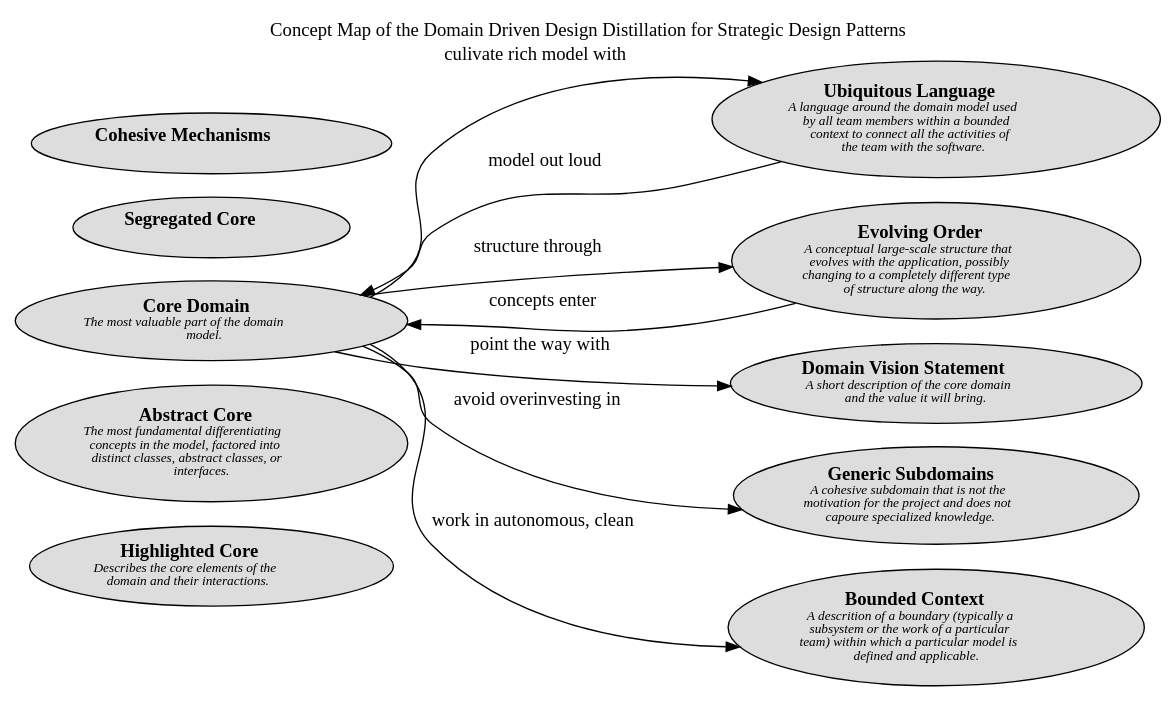
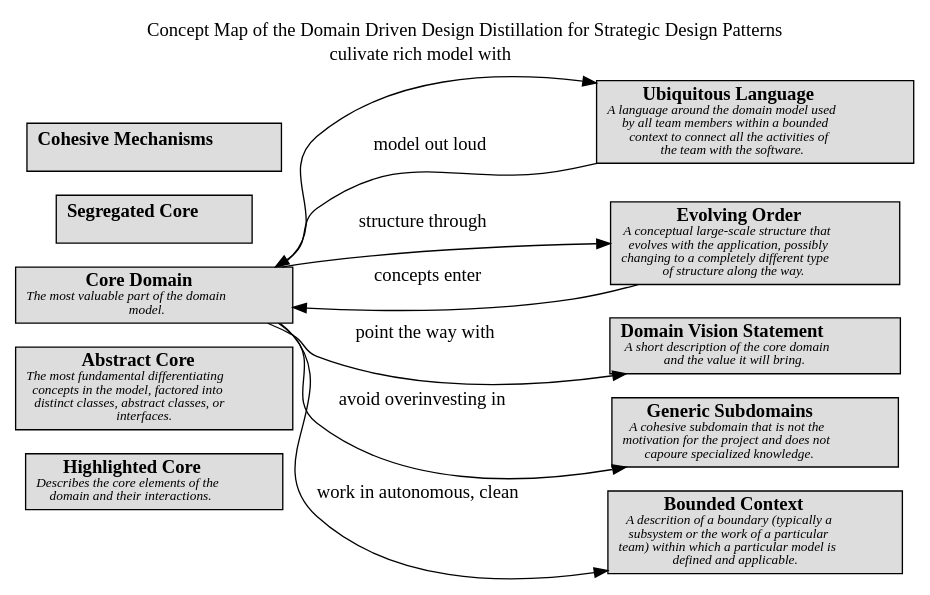
Before and after one commit to lsolbach/overarch-models: the diagram in docs/software-development/domain-driven-design/distillation/concept-view.dot, drawn with Graphviz. The commit also changed 57 other files, not shown here.

```diff
--- a/docs/software-development/domain-driven-design/distillation/concept-view.dot
+++ b/docs/software-development/domain-driven-design/distillation/concept-view.dot
@@ -1,28 +1,28 @@
 digraph "Concept Map of the Domain Driven Design Distillation for Strategic Design Patterns" {
   labelloc= "t"
   label="Concept Map of the Domain Driven Design Distillation for Strategic Design Patterns"
   rankdir="LR"
 
   layout=dot
-software_development_domain_driven_design_distillation__c_highlighted_core [shape=ellipse style=filled fillcolor="#dddddd" label=<<B>Highlighted Core</B><BR/><FONT POINT-SIZE="10"><I>Describes the core elements of the<BR/>domain and their interactions. </I></FONT>>]
-software_development_domain_driven_design_distillation__c_abstract_core [shape=ellipse style=filled fillcolor="#dddddd" label=<<B>Abstract Core</B><BR/><FONT POINT-SIZE="10"><I>The most fundamental differentiating<BR/>concepts in the model, factored into<BR/>distinct classes, abstract classes, or<BR/>interfaces. </I></FONT>>]
-software_development_domain_driven_design_distillation__c_domain_vision_statement [shape=ellipse style=filled fillcolor="#dddddd" label=<<B>Domain Vision Statement</B><BR/><FONT POINT-SIZE="10"><I>A short description of the core domain<BR/>and the value it will bring. </I></FONT>>]
-software_development_domain_driven_design_modelling__c_ubiquitous_language [shape=ellipse style=filled fillcolor="#dddddd" label=<<B>Ubiquitous Language</B><BR/><FONT POINT-SIZE="10"><I>A language around the domain model used<BR/>by all team members within a bounded<BR/>context to connect all the activities of<BR/>the team with the software. </I></FONT>>]
-software_development_domain_driven_design_distillation__c_segregated_core [shape=ellipse style=filled fillcolor="#dddddd" label=<<B>Segregated Core</B><BR/><FONT POINT-SIZE="10"><I> </I></FONT>>]
-software_development_domain_driven_design_distillation__c_cohesive_mechanisms [shape=ellipse style=filled fillcolor="#dddddd" label=<<B>Cohesive Mechanisms</B><BR/><FONT POINT-SIZE="10"><I> </I></FONT>>]
-software_development_domain_driven_design_large_scale_structure__c_evolving_order [shape=ellipse style=filled fillcolor="#dddddd" label=<<B>Evolving Order</B><BR/><FONT POINT-SIZE="10"><I>A conceptual large-scale structure that<BR/>evolves with the application, possibly<BR/>changing to a completely different type<BR/>of structure along the way. </I></FONT>>]
-software_development_domain_driven_design_distillation__c_generic_subdomains [shape=ellipse style=filled fillcolor="#dddddd" label=<<B>Generic Subdomains</B><BR/><FONT POINT-SIZE="10"><I>A cohesive subdomain that is not the<BR/>motivation for the project and does not<BR/>capoure specialized knowledge. </I></FONT>>]
-software_development_domain_driven_design_distillation__c_core_domain [shape=ellipse style=filled fillcolor="#dddddd" label=<<B>Core Domain</B><BR/><FONT POINT-SIZE="10"><I>The most valuable part of the domain<BR/>model. </I></FONT>>]
-software_development_domain_driven_design_modelling__c_bounded_context [shape=ellipse style=filled fillcolor="#dddddd" label=<<B>Bounded Context</B><BR/><FONT POINT-SIZE="10"><I>A descrition of a boundary (typically a<BR/>subsystem or the work of a particular<BR/>team) within which a particular model is<BR/>defined and applicable. </I></FONT>>]
+software_development_domain_driven_design_distillation__c_highlighted_core [shape=box style=filled fillcolor="#dddddd" label=<<B>Highlighted Core</B><BR/><FONT POINT-SIZE="10"><I>Describes the core elements of the<BR/>domain and their interactions. </I></FONT>>]
+software_development_domain_driven_design_distillation__c_abstract_core [shape=box style=filled fillcolor="#dddddd" label=<<B>Abstract Core</B><BR/><FONT POINT-SIZE="10"><I>The most fundamental differentiating<BR/>concepts in the model, factored into<BR/>distinct classes, abstract classes, or<BR/>interfaces. </I></FONT>>]
+software_development_domain_driven_design_distillation__c_domain_vision_statement [shape=box style=filled fillcolor="#dddddd" label=<<B>Domain Vision Statement</B><BR/><FONT POINT-SIZE="10"><I>A short description of the core domain<BR/>and the value it will bring. </I></FONT>>]
+software_development_domain_driven_design_modelling__c_ubiquitous_language [shape=box style=filled fillcolor="#dddddd" label=<<B>Ubiquitous Language</B><BR/><FONT POINT-SIZE="10"><I>A language around the domain model used<BR/>by all team members within a bounded<BR/>context to connect all the activities of<BR/>the team with the software. </I></FONT>>]
+software_development_domain_driven_design_distillation__c_segregated_core [shape=box style=filled fillcolor="#dddddd" label=<<B>Segregated Core</B><BR/><FONT POINT-SIZE="10"><I> </I></FONT>>]
+software_development_domain_driven_design_distillation__c_cohesive_mechanisms [shape=box style=filled fillcolor="#dddddd" label=<<B>Cohesive Mechanisms</B><BR/><FONT POINT-SIZE="10"><I> </I></FONT>>]
+software_development_domain_driven_design_large_scale_structure__c_evolving_order [shape=box style=filled fillcolor="#dddddd" label=<<B>Evolving Order</B><BR/><FONT POINT-SIZE="10"><I>A conceptual large-scale structure that<BR/>evolves with the application, possibly<BR/>changing to a completely different type<BR/>of structure along the way. </I></FONT>>]
+software_development_domain_driven_design_distillation__c_generic_subdomains [shape=box style=filled fillcolor="#dddddd" label=<<B>Generic Subdomains</B><BR/><FONT POINT-SIZE="10"><I>A cohesive subdomain that is not the<BR/>motivation for the project and does not<BR/>capoure specialized knowledge. </I></FONT>>]
+software_development_domain_driven_design_distillation__c_core_domain [shape=box style=filled fillcolor="#dddddd" label=<<B>Core Domain</B><BR/><FONT POINT-SIZE="10"><I>The most valuable part of the domain<BR/>model. </I></FONT>>]
+software_development_domain_driven_design_modelling__c_bounded_context [shape=box style=filled fillcolor="#dddddd" label=<<B>Bounded Context</B><BR/><FONT POINT-SIZE="10"><I>A descrition of a boundary (typically a<BR/>subsystem or the work of a particular<BR/>team) within which a particular model is<BR/>defined and applicable. </I></FONT>>]
  
 software_development_domain_driven_design_modelling__c_ubiquitous_language -> software_development_domain_driven_design_distillation__c_core_domain [label=<model out loud<BR/><FONT POINT-SIZE="10"><I> </I></FONT>>]
 software_development_domain_driven_design_distillation__c_core_domain -> software_development_domain_driven_design_distillation__c_generic_subdomains [label=<avoid overinvesting in<BR/><FONT POINT-SIZE="10"><I> </I></FONT>>]
 software_development_domain_driven_design_distillation__c_core_domain -> software_development_domain_driven_design_modelling__c_bounded_context [label=<work in autonomous, clean<BR/><FONT POINT-SIZE="10"><I> </I></FONT>>]
 software_development_domain_driven_design_distillation__c_core_domain -> software_development_domain_driven_design_large_scale_structure__c_evolving_order [label=<structure through<BR/><FONT POINT-SIZE="10"><I> </I></FONT>>]
 software_development_domain_driven_design_distillation__c_core_domain -> software_development_domain_driven_design_modelling__c_ubiquitous_language [label=<culivate rich model with<BR/><FONT POINT-SIZE="10"><I> </I></FONT>>]
 software_development_domain_driven_design_distillation__c_core_domain -> software_development_domain_driven_design_distillation__c_domain_vision_statement [label=<point the way with<BR/><FONT POINT-SIZE="10"><I> </I></FONT>>]
 software_development_domain_driven_design_large_scale_structure__c_evolving_order -> software_development_domain_driven_design_distillation__c_core_domain [label=<concepts enter<BR/><FONT POINT-SIZE="10"><I> </I></FONT>>]
  
 }
 
 // (generated by Overarch with template views/view.dot.cmb)
```
